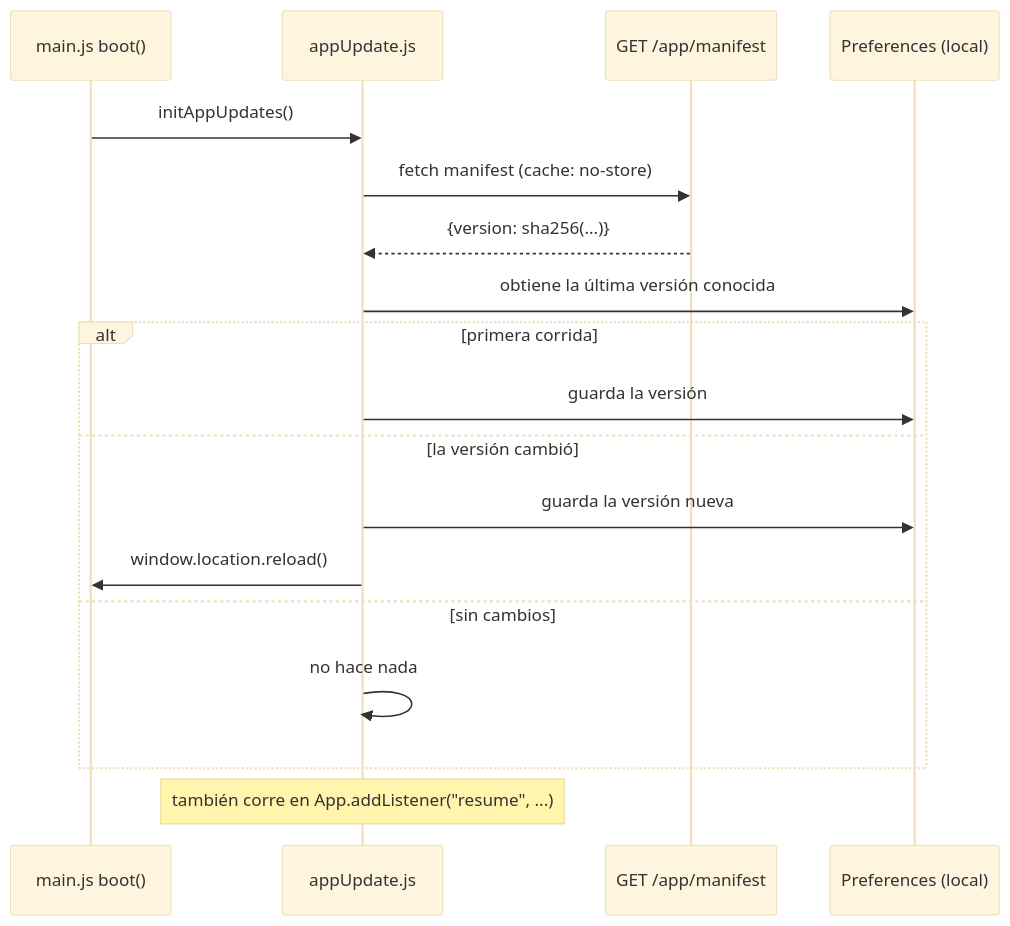
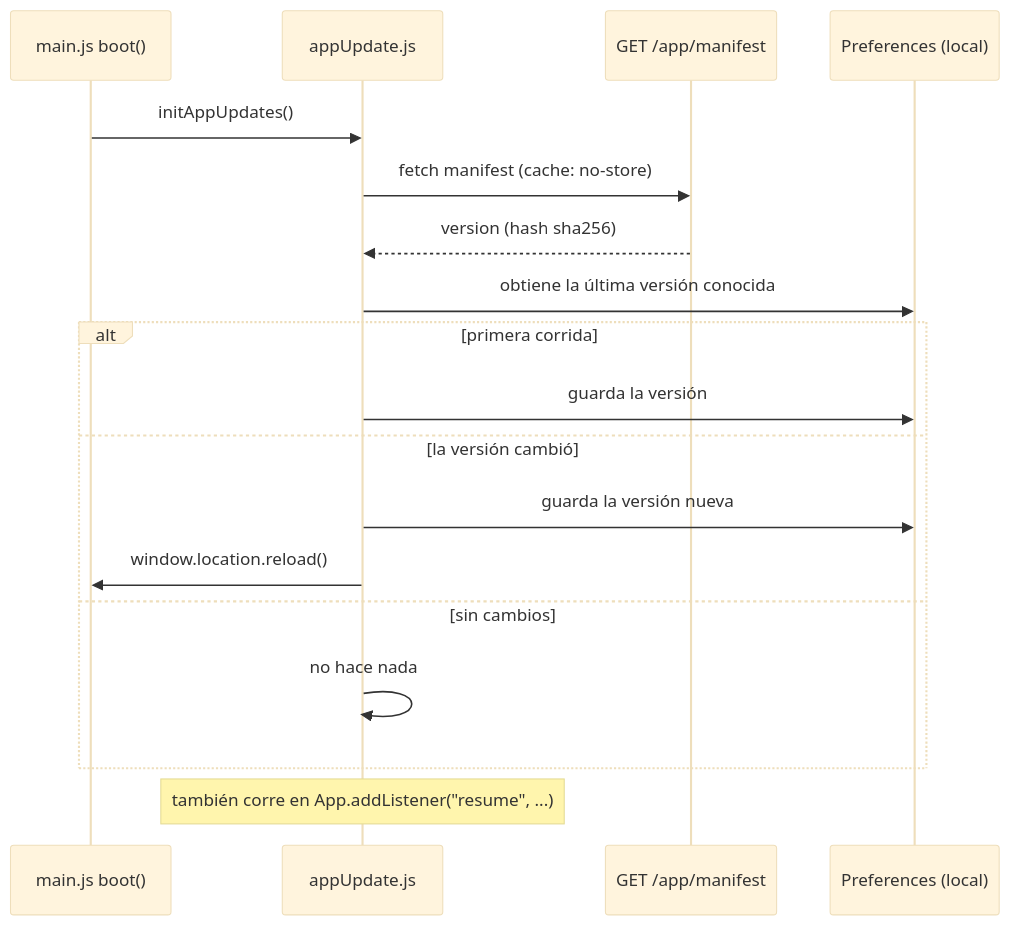
One commit to skellent/iOS-compiler changed the second of 2 diagrams in docs/es/app/architecture.md. Above: the diagram before and after it, drawn with Mermaid (base theme). The commit also changed 9 other files, not shown here.

Commit message:
Mermaid Fix

````diff
--- a/docs/es/app/architecture.md
+++ b/docs/es/app/architecture.md
@@ -44,21 +44,21 @@
 ```mermaid
 sequenceDiagram
     participant App as main.js boot()
     participant Update as appUpdate.js
     participant Backend as GET /app/manifest
     participant Prefs as Preferences (local)
 
     App->>Update: initAppUpdates()
     Update->>Backend: fetch manifest (cache: no-store)
-    Backend-->>Update: {version: sha256(...)}
+    Backend-->>Update: version (hash sha256)
     Update->>Prefs: obtiene la última versión conocida
     alt primera corrida
         Update->>Prefs: guarda la versión
     else la versión cambió
         Update->>Prefs: guarda la versión nueva
         Update->>App: window.location.reload()
     else sin cambios
         Update->>Update: no hace nada
     end
     Note over Update: también corre en App.addListener("resume", ...)
 ```
````
